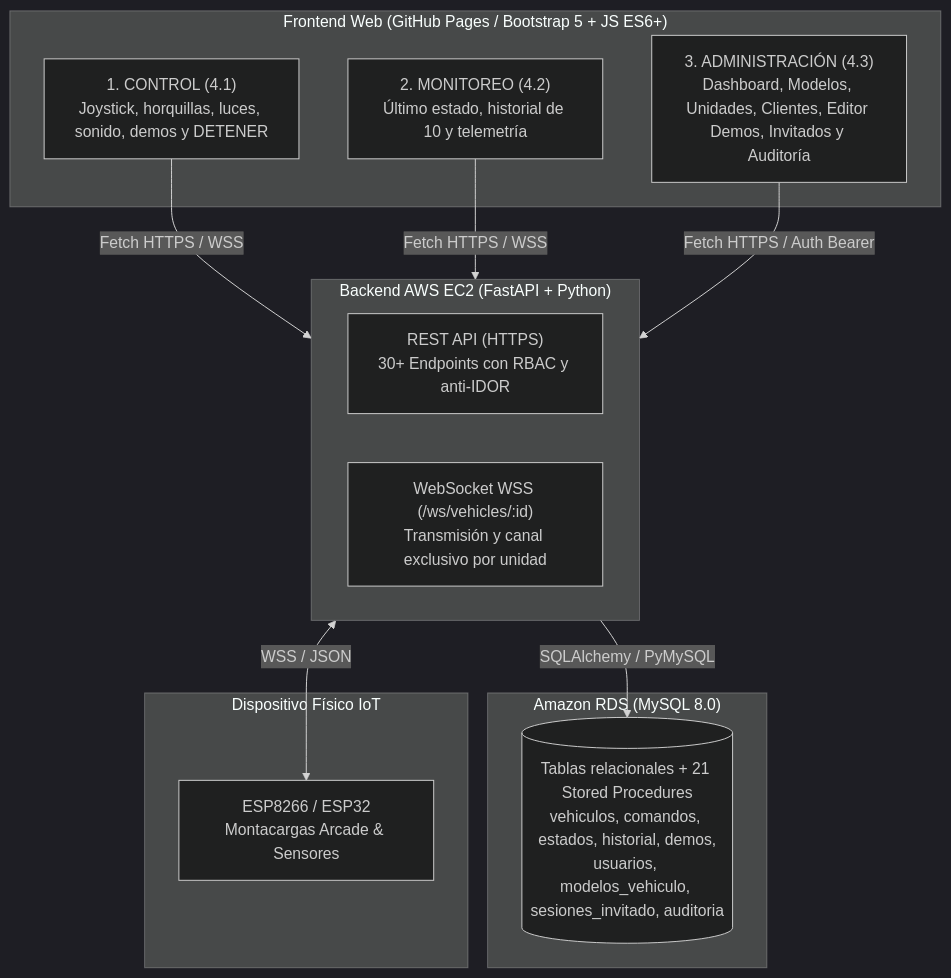
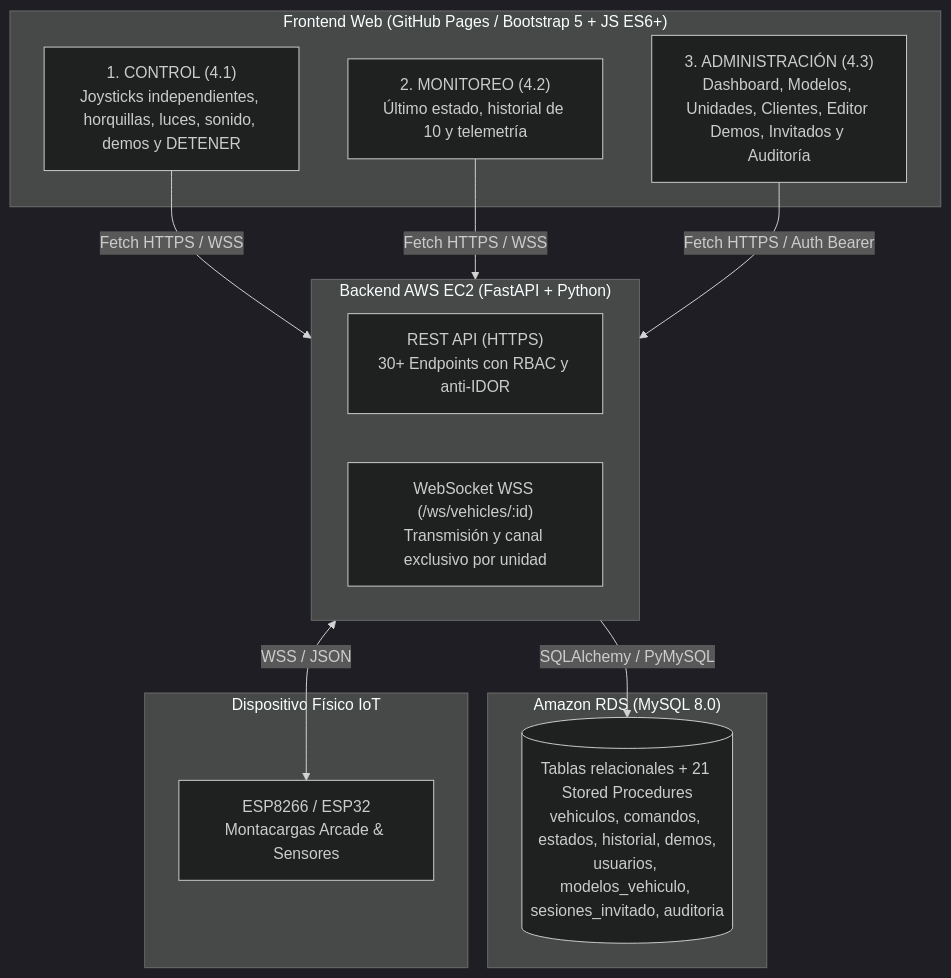
One commit to Ingriis/control-iot changed the first of 2 diagrams in README.md. Above: the diagram before and after it, drawn with Mermaid (dark theme). The commit also changed other lines of this file, not shown here.

````diff
--- a/README.md
+++ b/README.md
@@ -15,27 +15,27 @@
 ```mermaid
 flowchart TD
     subgraph Frontend ["Frontend Web (GitHub Pages / Bootstrap 5 + JS ES6+)"]
-        C["1. CONTROL (4.1)<br>Joystick, horquillas, luces, sonido, demos y DETENER"]
+        C["1. CONTROL (4.1)<br>Joysticks independientes, horquillas, luces, sonido, demos y DETENER"]
         M["2. MONITOREO (4.2)<br>Último estado, historial de 10 y telemetría"]
         A["3. ADMINISTRACIÓN (4.3)<br>Dashboard, Modelos, Unidades, Clientes, Editor Demos, Invitados y Auditoría"]
     end
 
     subgraph Backend ["Backend AWS EC2 (FastAPI + Python)"]
         API["REST API (HTTPS)<br>30+ Endpoints con RBAC y anti-IDOR"]
         WSS["WebSocket WSS (/ws/vehicles/:id)<br>Transmisión y canal exclusivo por unidad"]
     end
 
     subgraph Database ["Amazon RDS (MySQL 8.0)"]
         RDS[("Tablas relacionales + 21 Stored Procedures<br>vehiculos, comandos, estados, historial, demos,<br>usuarios, modelos_vehiculo, sesiones_invitado, auditoria")]
     end
 
     subgraph Hardware ["Dispositivo Físico IoT"]
         ESP["ESP8266 / ESP32<br>Montacargas Arcade & Sensores"]
     end
 
     C -->|Fetch HTTPS / WSS| Backend
     M -->|Fetch HTTPS / WSS| Backend
     A -->|Fetch HTTPS / Auth Bearer| Backend
     Backend -->|SQLAlchemy / PyMySQL| RDS
     Backend <-->|WSS / JSON| ESP
 ```
````
